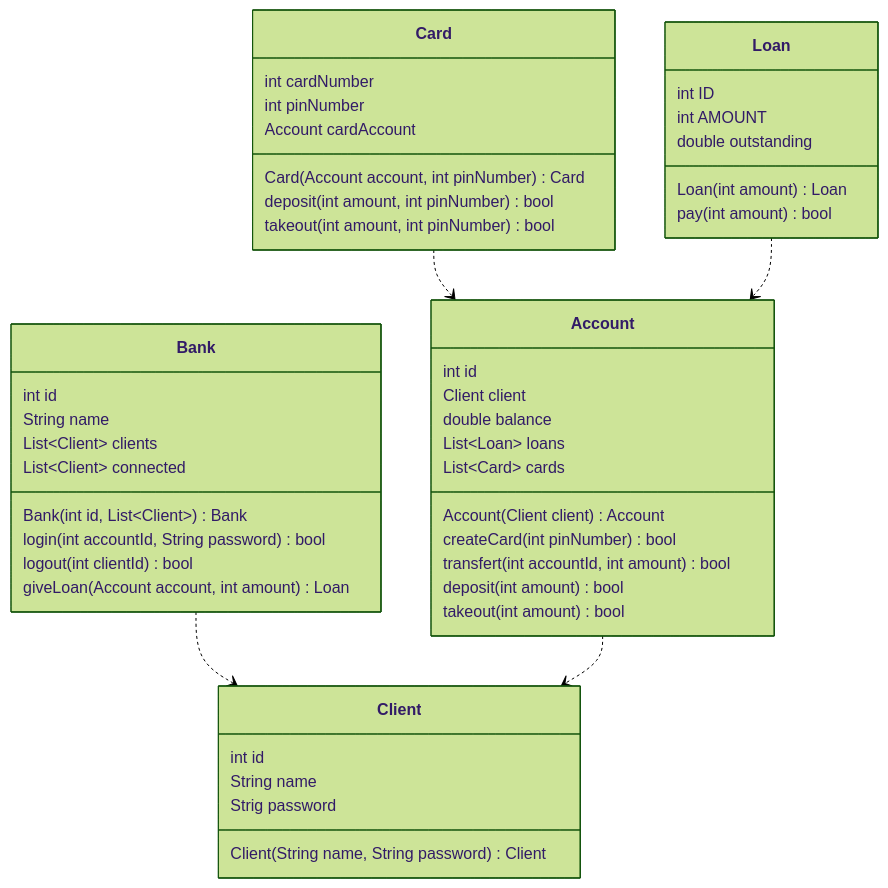
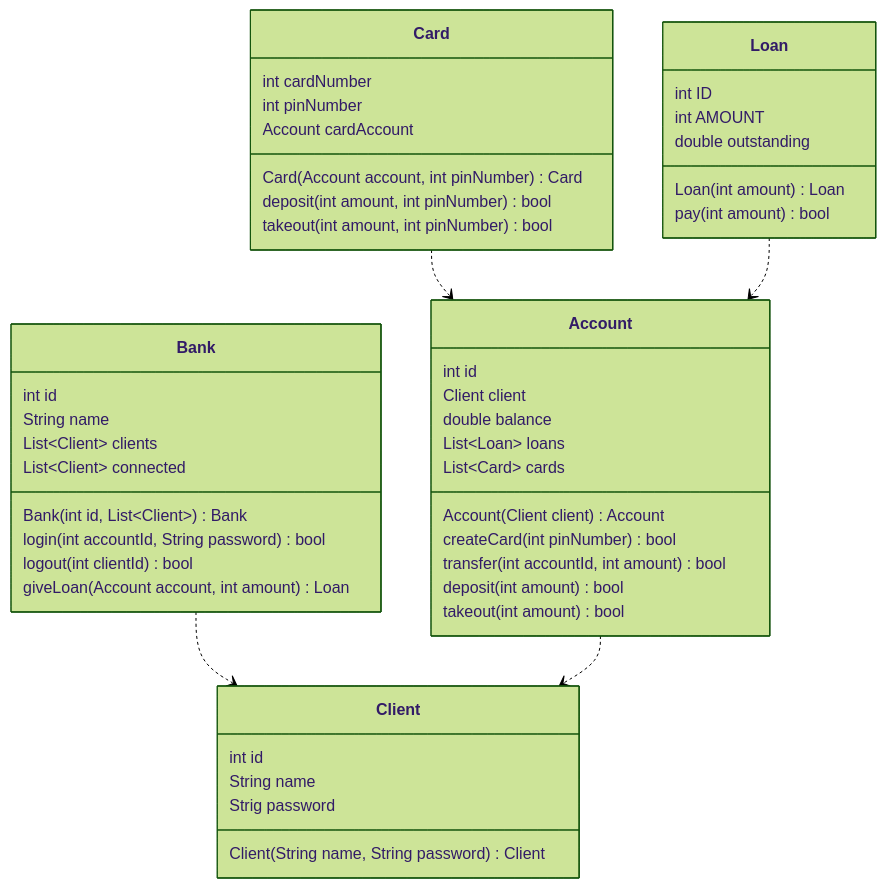
Before and after one commit to L-Clem/GitHooks: the diagram in README.md, drawn with Mermaid (forest theme).

````diff
--- a/README.md
+++ b/README.md
@@ -50,60 +50,60 @@
 ```mermaid
 classDiagram
     Bank ..> Client
     Account ..> Client
     Card ..> Account
     Loan ..> Account
 
     class Client{
         int id
         String name
         Strig password
 
         Client(String name, String password) Client
     }
 
     class Bank{
         int id
         String name
         List~Client~ clients
         List~Client~ connected
 
         Bank(int id, List~Client~) Bank
         login(int accountId, String password) bool
         logout(int clientId) bool
         giveLoan(Account account, int amount) Loan
     }
 
     class Account{
         int id
         Client client
         double balance
         List~Loan~ loans
         List~Card~ cards
 
         Account(Client client) Account
         createCard(int pinNumber) bool
-        transfert(int accountId, int amount) bool
+        transfer(int accountId, int amount) bool
         deposit(int amount) bool
         takeout(int amount) bool
     }
 
     class Card{
         int cardNumber
         int pinNumber
         Account cardAccount
 
         Card(Account account, int pinNumber) Card
         deposit(int amount, int pinNumber) bool
         takeout(int amount, int pinNumber) bool
     }
 
     class Loan{
         int ID
         int AMOUNT
         double outstanding
 
         Loan(int amount) Loan
         pay(int amount) bool
     }
 ```
````
